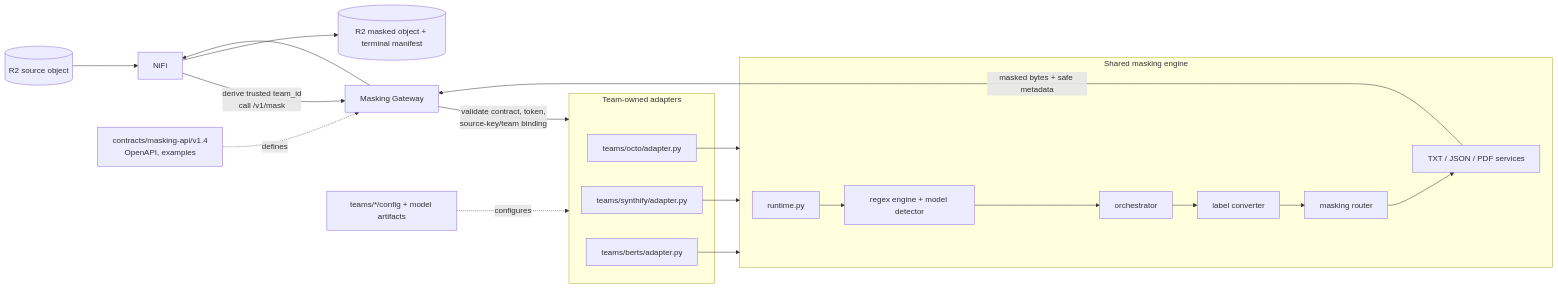
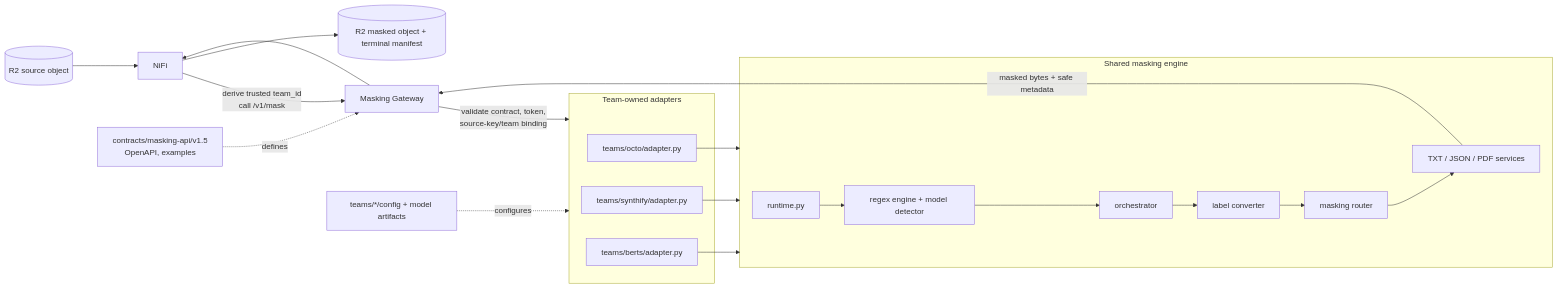
One commit to yassienashrafwasfy/PII-Masking-System changed the first of 3 diagrams in docs/codebase-graph.md. Above: the diagram before and after it, drawn with Mermaid. The commit also changed 54 other files, not shown here.

````diff
--- a/docs/codebase-graph.md
+++ b/docs/codebase-graph.md
@@ -3,33 +3,33 @@
 ```mermaid
 flowchart LR
   R2[(R2 source object)] --> NIFI[NiFi]
   NIFI -->|derive trusted team_id<br/>call /v1/mask| GW[Masking Gateway]
   GW -->|validate contract, token,<br/>source-key/team binding| ADAPTERS
 
   subgraph ADAPTERS[Team-owned adapters]
     OCTO[teams/octo/adapter.py]
     SYN[teams/synthify/adapter.py]
     BERTS[teams/berts/adapter.py]
   end
 
   OCTO --> ENGINE
   SYN --> ENGINE
   BERTS --> ENGINE
 
   subgraph ENGINE[Shared masking engine]
     RT[runtime.py]
     DETECT[regex engine + model detector]
     ORCH[orchestrator]
     CONVERT[label converter]
     ROUTER[masking router]
     FORMAT[TXT / JSON / PDF services]
     RT --> DETECT --> ORCH --> CONVERT --> ROUTER --> FORMAT
   end
 
   FORMAT -->|masked bytes + safe metadata| GW
   GW --> NIFI
   NIFI --> R2OUT[(R2 masked object + terminal manifest)]
 
-  CONTRACT[contracts/masking-api/v1.4<br/>OpenAPI, examples] -.defines.-> GW
+  CONTRACT[contracts/masking-api/v1.5<br/>OpenAPI, examples] -.defines.-> GW
   TEAMCFG[teams/*/config + model artifacts] -.configures.-> ADAPTERS
 ```
````
